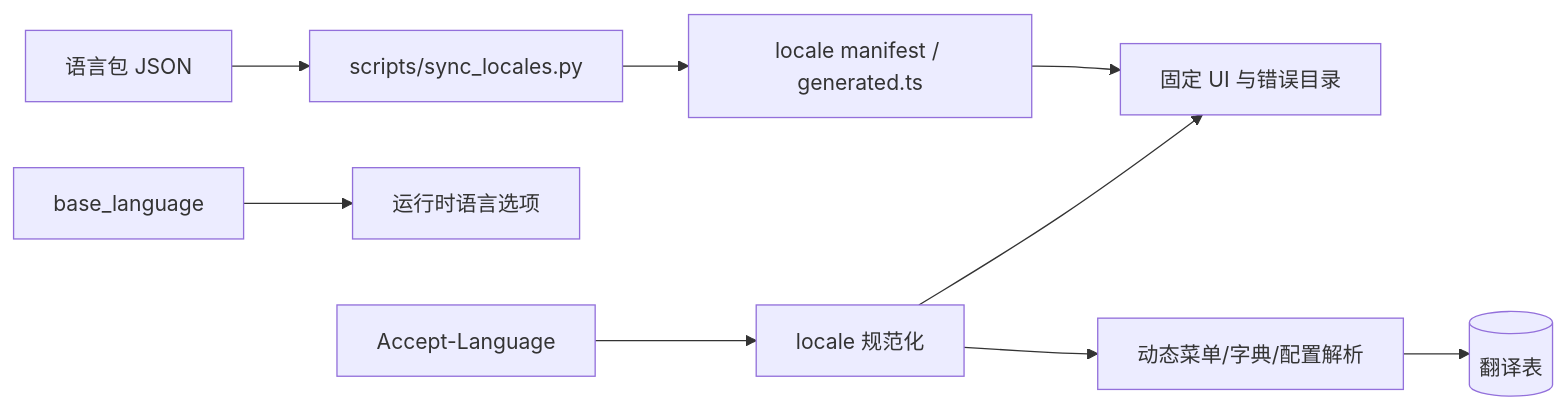
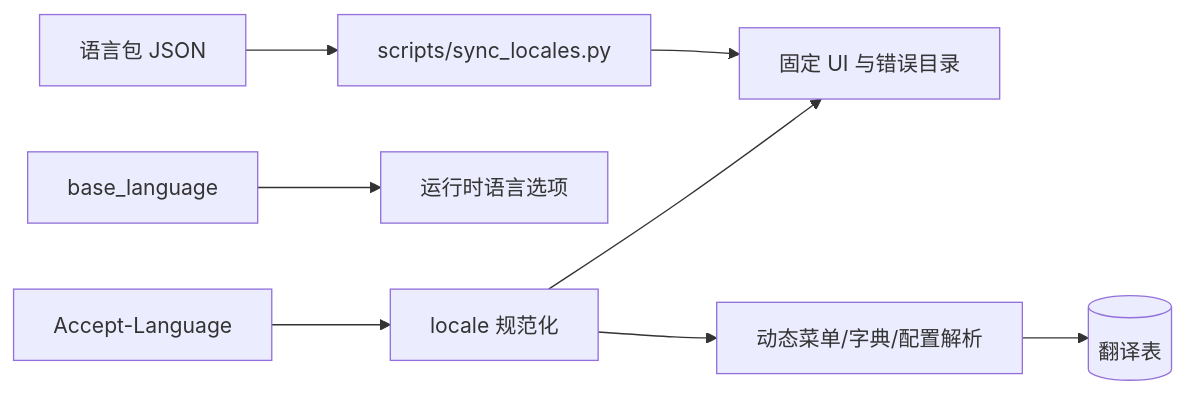
One commit to liujitcn/kratos-admin changed the diagram in docs/国际化最终方案.md. Above: the diagram before and after it, drawn with Mermaid. The commit also changed other lines of this file and 278 other files, not shown here.

````diff
--- a/docs/国际化最终方案.md
+++ b/docs/国际化最终方案.md
@@ -22,11 +22,10 @@
 ```mermaid
 flowchart LR
   Files["语言包 JSON"] --> Sync["scripts/sync_locales.py"]
-  Sync --> Manifest["locale manifest / generated.ts"]
-  Manifest --> UI["固定 UI 与错误目录"]
+  Sync --> UI["固定 UI 与错误目录"]
   DB["base_language"] --> Options["运行时语言选项"]
   Request["Accept-Language"] --> Locale["locale 规范化"]
   Locale --> UI
   Locale --> Dynamic["动态菜单/字典/配置解析"]
   Dynamic --> Tables[("翻译表")]
 ```
````
